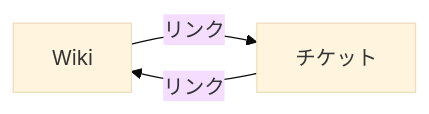
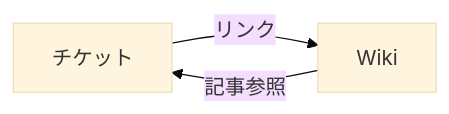
One commit to Mattani/zenn-articles changed the second of 2 diagrams in articles/2852df0bd60ea4.md. Above: the diagram before and after it, drawn with Mermaid (base theme). The commit also changed other lines of this file, not shown here.

````diff
--- a/articles/2852df0bd60ea4.md
+++ b/articles/2852df0bd60ea4.md
@@ -32,5 +30,5 @@
 ```mermaid
 flowchart LR
-    Wiki -->|リンク| チケット
     チケット -->|リンク| Wiki
+    Wiki -->|記事参照| チケット
 ```
````
